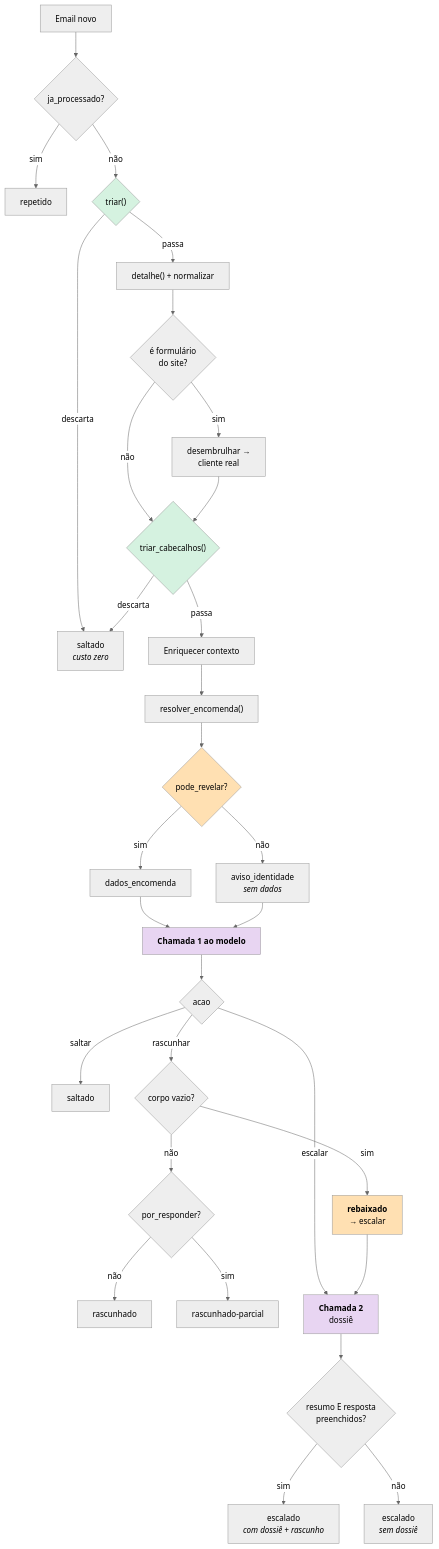
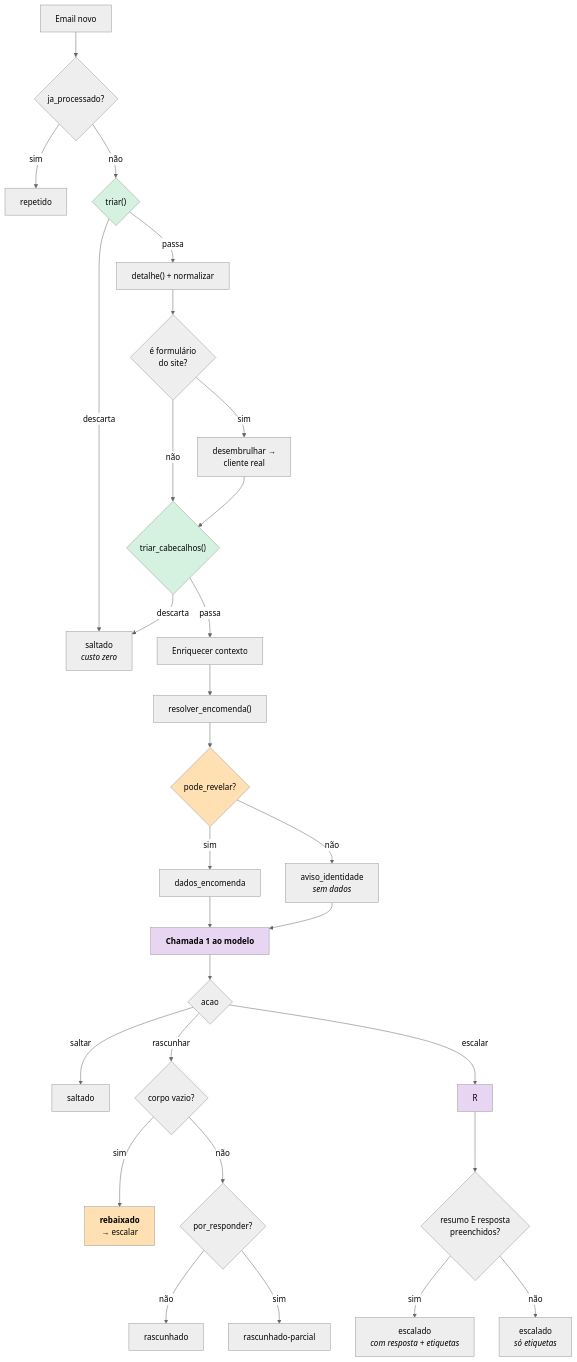
The second of 2 diagrams in docs/03-ai/decision-making.md (joaocarvalhini/Outlook-Reply-Assistant), drawn with Mermaid (neutral theme) before and after one commit. The commit also changed other lines of this file and 21 other files, not shown here.

````diff
--- a/docs/03-ai/decision-making.md
+++ b/docs/03-ai/decision-making.md
@@ -171,38 +170,37 @@
 ```mermaid
 flowchart TD
     A["Email novo"] --> B{"ja_processado?"}
     B -->|sim| Z1["repetido"]
     B -->|não| C{"triar()"}
     C -->|descarta| Z2["saltado<br/><i>custo zero</i>"]
     C -->|passa| D["detalhe() + normalizar"]
     D --> E{"é formulário<br/>do site?"}
     E -->|sim| F["desembrulhar →<br/>cliente real"]
     E -->|não| G
     F --> G{"triar_cabecalhos()"}
     G -->|descarta| Z2
     G -->|passa| H["Enriquecer contexto"]
     H --> I["resolver_encomenda()"]
     I --> J{"pode_revelar?"}
     J -->|sim| K["dados_encomenda"]
     J -->|não| L["aviso_identidade<br/><i>sem dados</i>"]
     K & L --> M["<b>Chamada 1 ao modelo</b>"]
     M --> N{"acao"}
     N -->|saltar| Z3["saltado"]
     N -->|rascunhar| O{"corpo vazio?"}
     O -->|sim| P["<b>rebaixado</b><br/>→ escalar"]
     O -->|não| Q{"por_responder?"}
     Q -->|não| Z4["rascunhado"]
     Q -->|sim| Z5["rascunhado-parcial"]
     N -->|escalar| R
-    P --> R["<b>Chamada 2</b><br/>dossiê"]
     R --> S{"resumo E resposta<br/>preenchidos?"}
-    S -->|sim| Z6["escalado<br/><i>com dossiê + rascunho</i>"]
-    S -->|não| Z7["escalado<br/><i>sem dossiê</i>"]
+    S -->|sim| Z6["escalado<br/><i>com resposta + etiquetas</i>"]
+    S -->|não| Z7["escalado<br/><i>só etiquetas</i>"]
 
     style C fill:#d5f2e0
     style G fill:#d5f2e0
     style M fill:#e8d5f2
     style R fill:#e8d5f2
     style P fill:#ffe0b2
     style J fill:#ffe0b2
 ```
````
